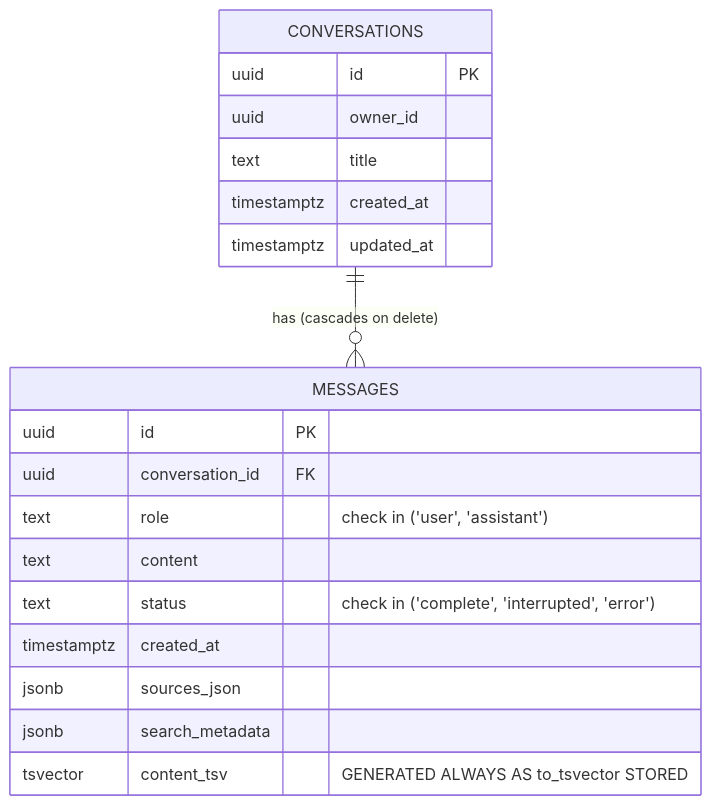
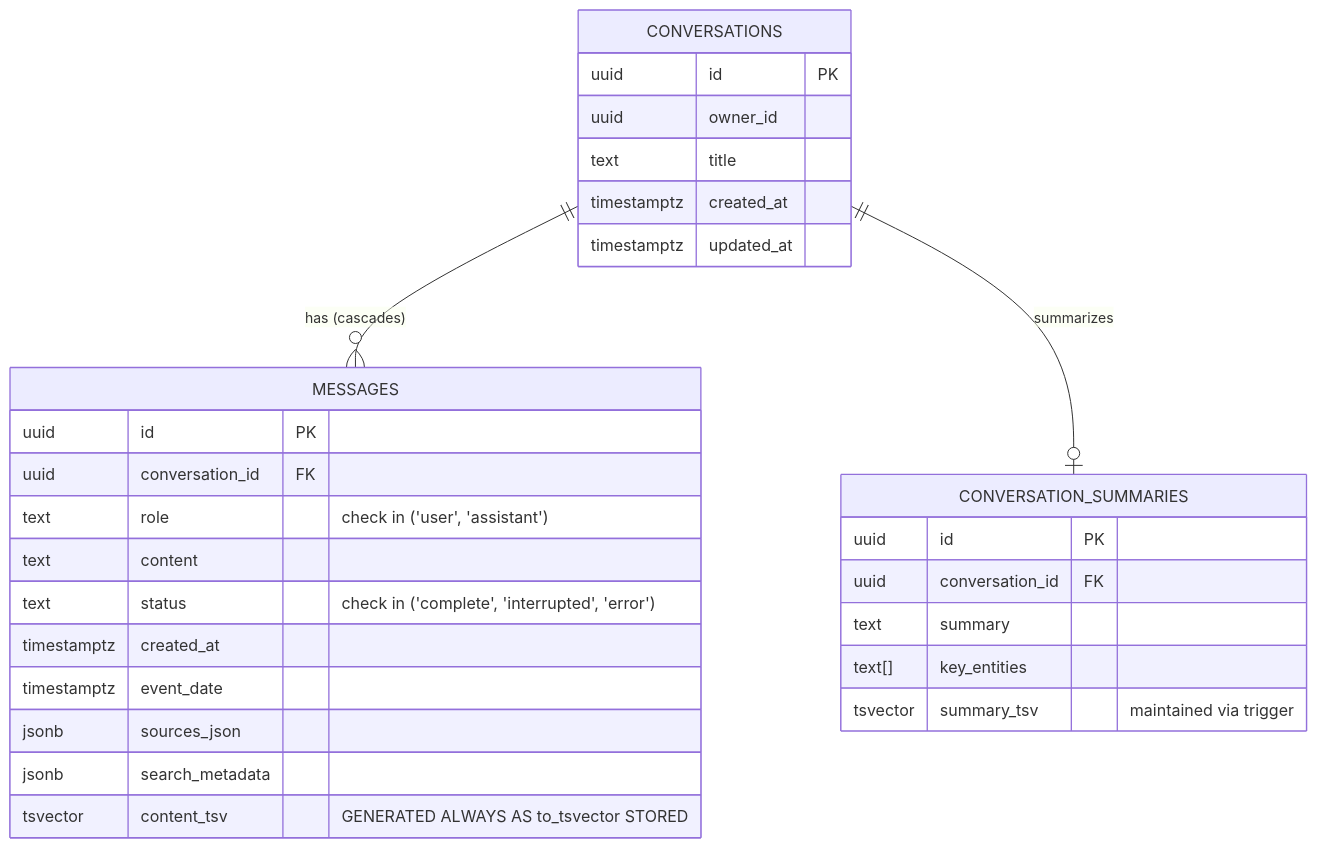
Before and after one commit to Klkreddy457/Recall-AI: the second of 2 diagrams in DESIGN.md, drawn with Mermaid. The commit also changed other lines of this file and 27 other files, not shown here.

Commit message:
feat: complete production upgrade with event-date memory, tool sanitization, domain search and change detection

````diff
--- a/DESIGN.md
+++ b/DESIGN.md
@@ -185,24 +78,34 @@
 ```mermaid
 erDiagram
-    CONVERSATIONS ||--o{ MESSAGES : "has (cascades on delete)"
-    
+    CONVERSATIONS ||--o{ MESSAGES : "has (cascades)"
+    CONVERSATIONS ||--o| CONVERSATION_SUMMARIES : "summarizes"
+
     CONVERSATIONS {
         uuid id PK
         uuid owner_id
         text title
         timestamptz created_at
         timestamptz updated_at
     }
-    
+
     MESSAGES {
         uuid id PK
         uuid conversation_id FK
         text role "check in ('user', 'assistant')"
         text content
         text status "check in ('complete', 'interrupted', 'error')"
         timestamptz created_at
+        timestamptz event_date
         jsonb sources_json
         jsonb search_metadata
         tsvector content_tsv "GENERATED ALWAYS AS to_tsvector STORED"
     }
+
+    CONVERSATION_SUMMARIES {
+        uuid id PK
+        uuid conversation_id FK
+        text summary
+        text[] key_entities
+        tsvector summary_tsv "maintained via trigger"
+    }
 ```
````
